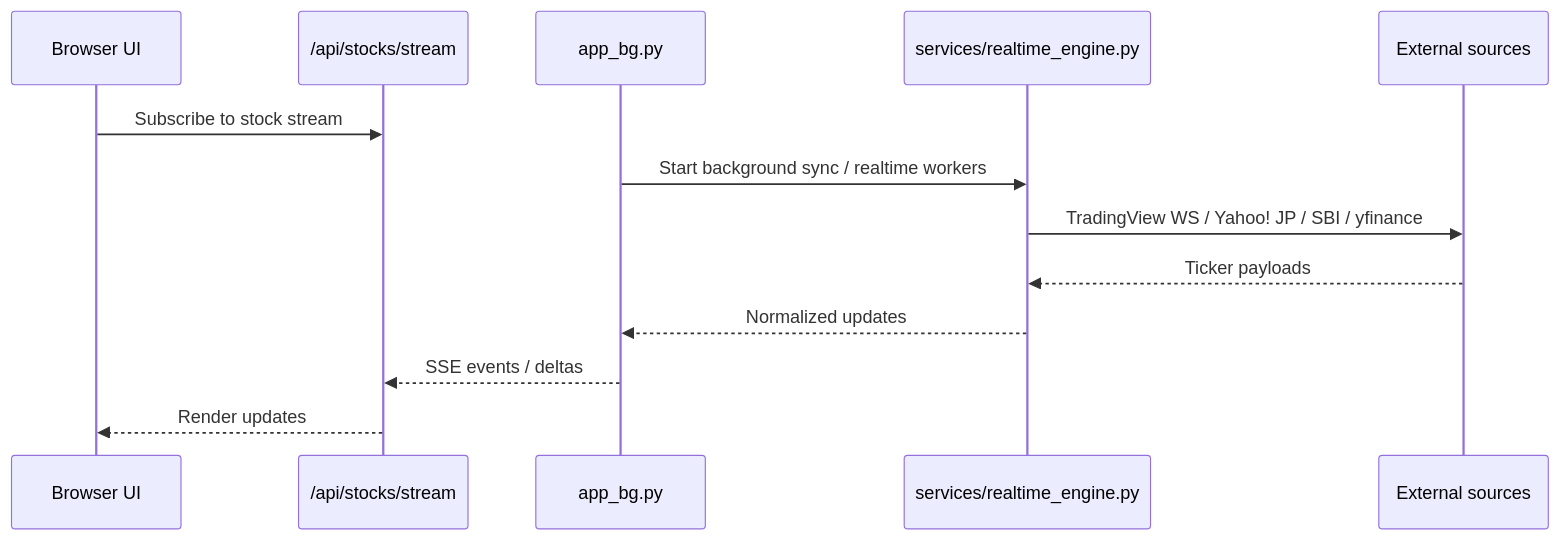
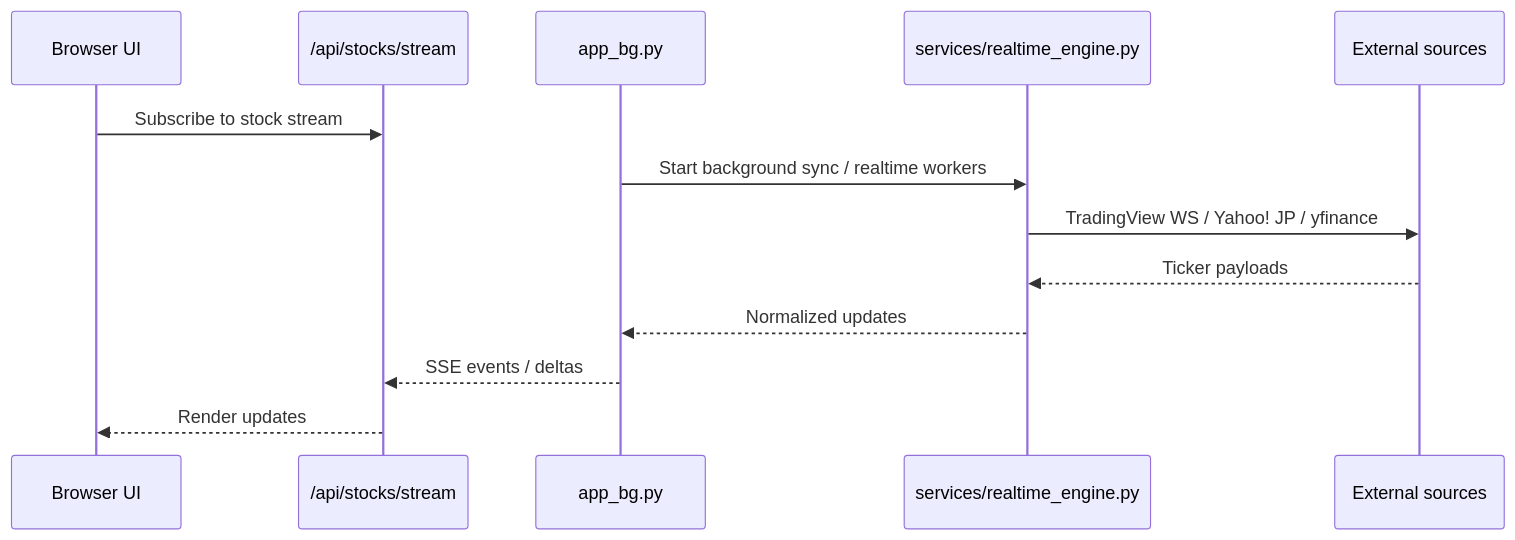
Before and after one commit to TopiTech/mistral_nex_stocks: the second of 3 diagrams in docs/architecture.md, drawn with Mermaid. The commit also changed other lines of this file and 24 other files, not shown here.

Commit message:
feat: implement TradingView symbol mapping utility and integrated ticker tape service

````diff
--- a/docs/architecture.md
+++ b/docs/architecture.md
@@ -92,16 +90,16 @@
 ```mermaid
 sequenceDiagram
     participant UI as Browser UI
     participant SSE as /api/stocks/stream
     participant BG as app_bg.py
     participant RT as services/realtime_engine.py
     participant SRC as External sources
 
     UI->>SSE: Subscribe to stock stream
     BG->>RT: Start background sync / realtime workers
-    RT->>SRC: TradingView WS / Yahoo! JP / SBI / yfinance
+    RT->>SRC: TradingView WS / Yahoo! JP / yfinance
     SRC-->>RT: Ticker payloads
     RT-->>BG: Normalized updates
     BG-->>SSE: SSE events / deltas
     SSE-->>UI: Render updates
 ```
````
